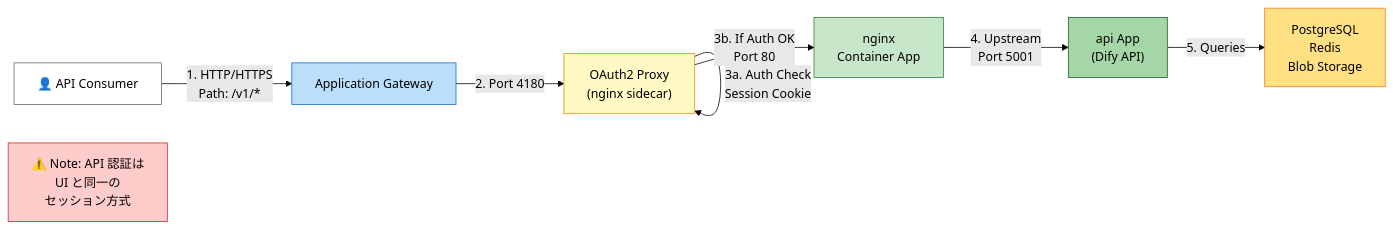
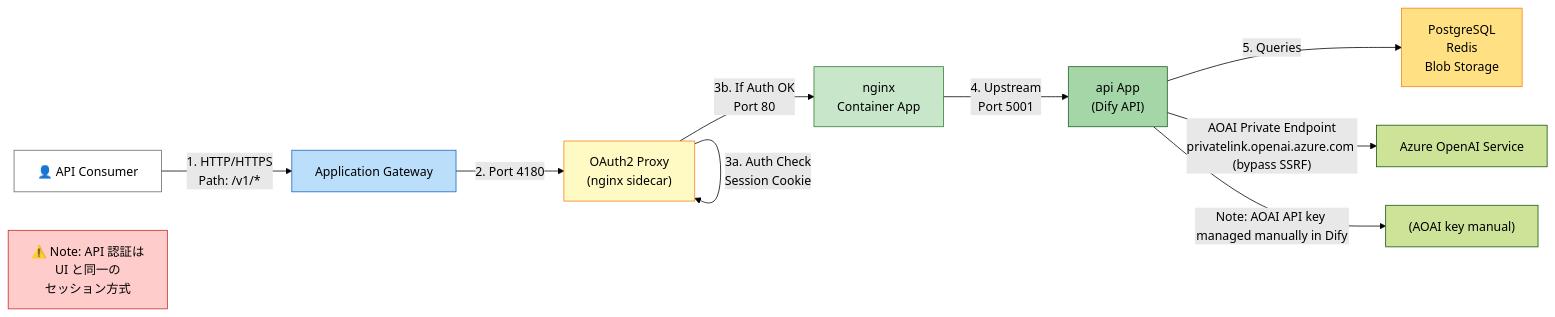
The third of 11 diagrams in docs/architecture.md (75-8/dify-azure-bicep-insidecorp), drawn with Mermaid (forest theme) before and after one commit. The commit also changed other lines of this file, not shown here.

````diff
--- a/docs/architecture.md
+++ b/docs/architecture.md
@@ -155,21 +158,25 @@
 ```mermaid
 graph LR
     Consumer["👤 API Consumer"]
     
     Consumer -->|1. HTTP/HTTPS<br/>Path: /v1/* | AppGw["Application Gateway"]
     AppGw -->|2. Port 4180| OAuth2["OAuth2 Proxy<br/>(nginx sidecar)"]
     OAuth2 -->|3a. Auth Check<br/>Session Cookie| OAuth2
     OAuth2 -->|3b. If Auth OK<br/>Port 80| Nginx["nginx<br/>Container App"]
     Nginx -->|4. Upstream<br/>Port 5001| API["api App<br/>(Dify API)"]
     API -->|5. Queries| Resources["PostgreSQL<br/>Redis<br/>Blob Storage"]
+    %% AOAI accessed via private endpoint, bypassing SSRF proxy
+    API -->|"AOAI Private Endpoint<br/>privatelink.openai.azure.com (bypass SSRF)"| AOAI["Azure OpenAI Service"]
+    %% Credential handling note (API does not retain AOAI key)
+    API -->|Note: AOAI API key managed manually in Dify| NoteCred["(AOAI key manual)" ]
     
     Note["⚠️ Note: API 認証は<br/>UI と同一の<br/>セッション方式"]
     
     style Consumer fill:#fff,stroke:#666
     style AppGw fill:#bbdefb,stroke:#1565c0
     style OAuth2 fill:#fff9c4,stroke:#f57f17
     style Nginx fill:#c8e6c9,stroke:#2e7d32
     style API fill:#a5d6a7,stroke:#1b5e20
     style Resources fill:#ffe082,stroke:#f57f17
     style Note fill:#ffcccc,stroke:#c62828
 ```
````
